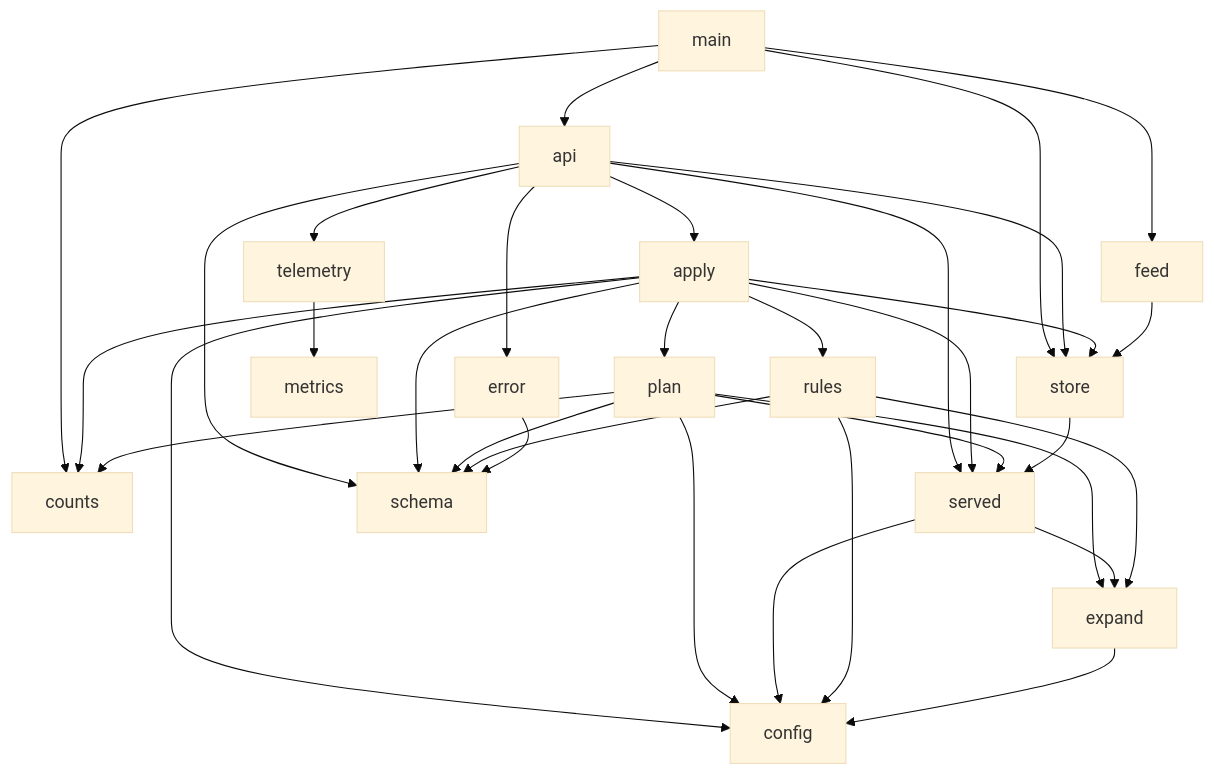
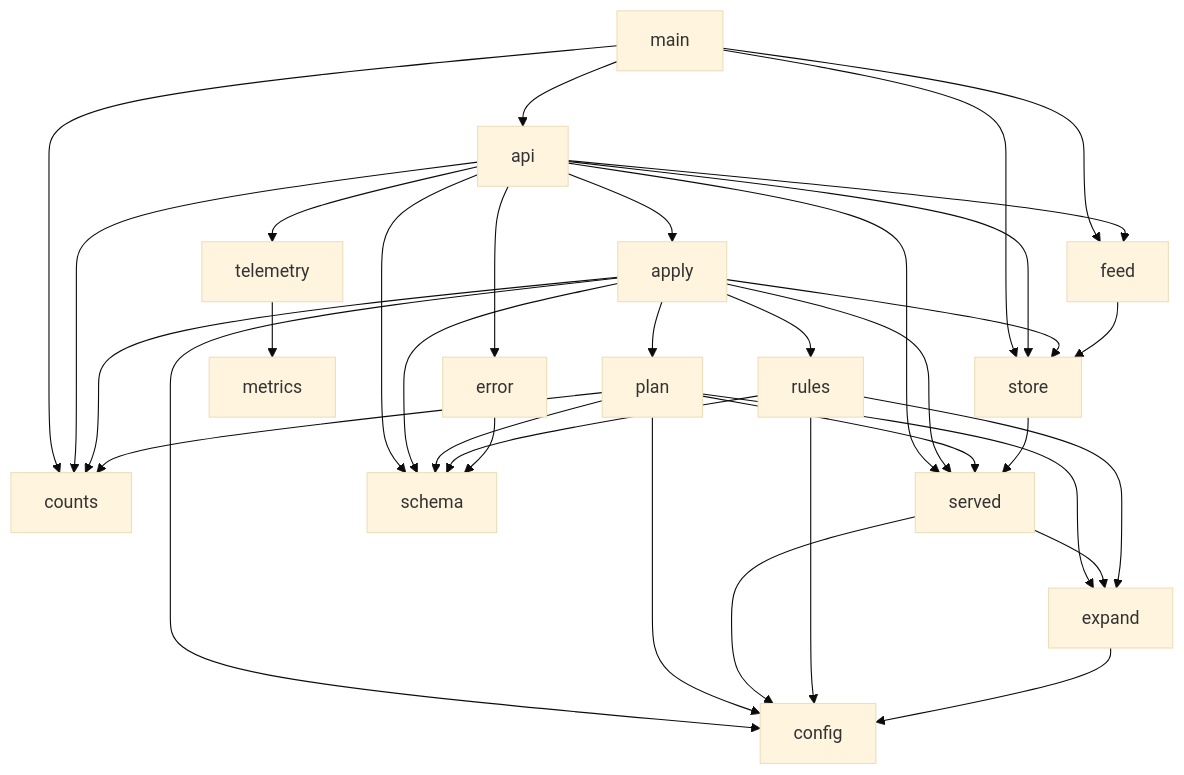
Before and after one commit to plat5dev/plat5: the third of 5 diagrams in docs/internals/module-map.md, drawn with Mermaid (base theme). The commit also changed other lines of this file and 1 other file, not shown here.

````diff
--- a/docs/internals/module-map.md
+++ b/docs/internals/module-map.md
@@ -71,35 +46,14 @@
 ```mermaid
 flowchart TD
-  main --> api
-  main --> store
-  main --> feed
-  main --> counts
-  api --> apply
-  api --> served
-  api --> store
-  api --> schema
-  api --> error
-  api --> telemetry
-  apply --> plan
-  apply --> store
-  apply --> served
-  apply --> rules
-  apply --> schema
-  apply --> counts
-  apply --> config
-  plan --> served
-  plan --> expand
-  plan --> schema
-  plan --> counts
-  plan --> config
+  main --> api & store & feed & counts
+  api --> apply & served & store & schema & error & telemetry & counts & feed
+  apply --> plan & store & served & rules & schema & counts & config
+  plan --> served & expand & schema & counts & config
   store --> served
-  served --> expand
-  served --> config
-  rules --> expand
-  rules --> schema
-  rules --> config
+  served --> expand & config
+  rules --> expand & schema & config
   expand --> config
   feed --> store
   error --> schema
   telemetry --> metrics
 ```
````
